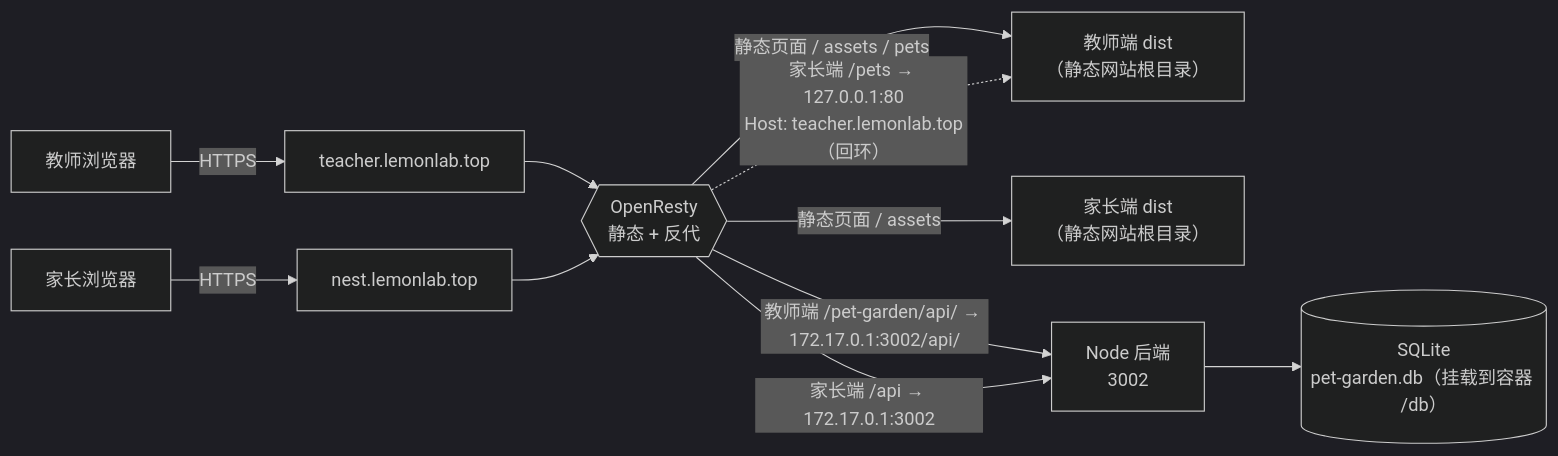
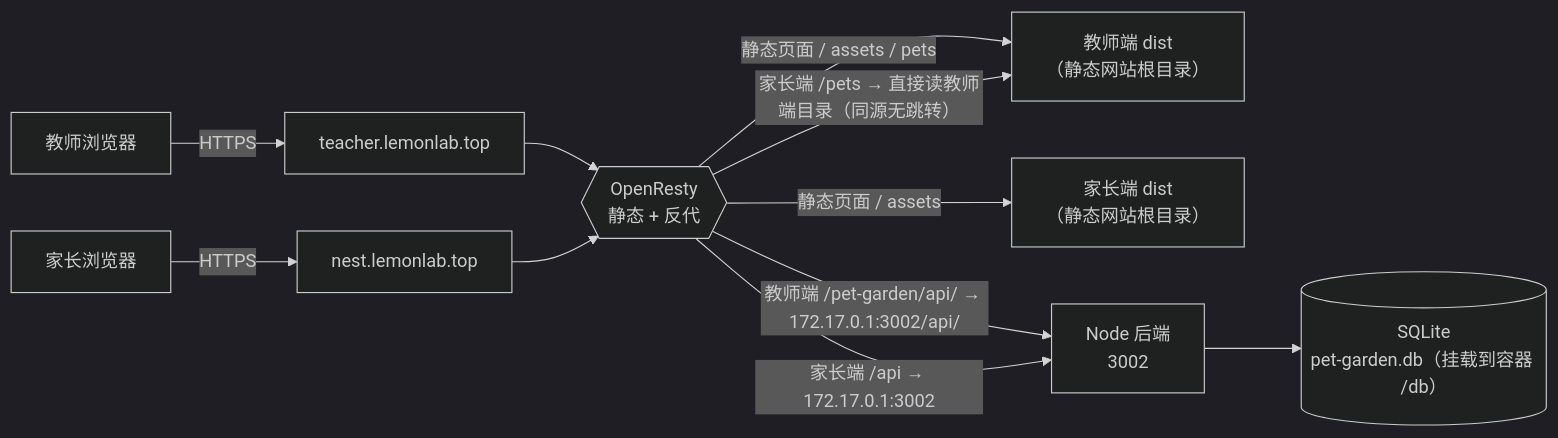
Before and after one commit to blitzpan/class-pet-garden: the diagram in docs/DEPLOY-PRODUCTION.md, drawn with Mermaid (dark theme). The commit also changed other lines of this file, not shown here.

Commit message:
docs: 重构生产部署文档，宠物图片改直读教师端目录并补充 SPA 回退配置

````diff
--- a/docs/DEPLOY-PRODUCTION.md
+++ b/docs/DEPLOY-PRODUCTION.md
@@ -32,17 +32,17 @@
 ```mermaid
 flowchart LR
     TB["教师浏览器"] -->|HTTPS| TS["teacher.lemonlab.top"]
     PB["家长浏览器"] -->|HTTPS| PS["nest.lemonlab.top"]
 
     TS --> OR{{"OpenResty<br/>静态 + 反代"}}
     PS --> OR
 
     OR -->|"静态页面 / assets / pets"| TD["教师端 dist<br/>（静态网站根目录）"]
     OR -->|"静态页面 / assets"| PD["家长端 dist<br/>（静态网站根目录）"]
 
     OR -->|"教师端 /pet-garden/api/ → 172.17.0.1:3002/api/"| API["Node 后端<br/>3002"]
     OR -->|"家长端 /api → 172.17.0.1:3002"| API
-    OR -.->|"家长端 /pets → 127.0.0.1:80<br/>Host: teacher.lemonlab.top（回环）"| TD
+    OR -->|"家长端 /pets → 直接读教师端目录（同源无跳转）"| TD
 
     API --> DB[("SQLite<br/>pet-garden.db（挂载到容器 /db）")]
 ```
````
